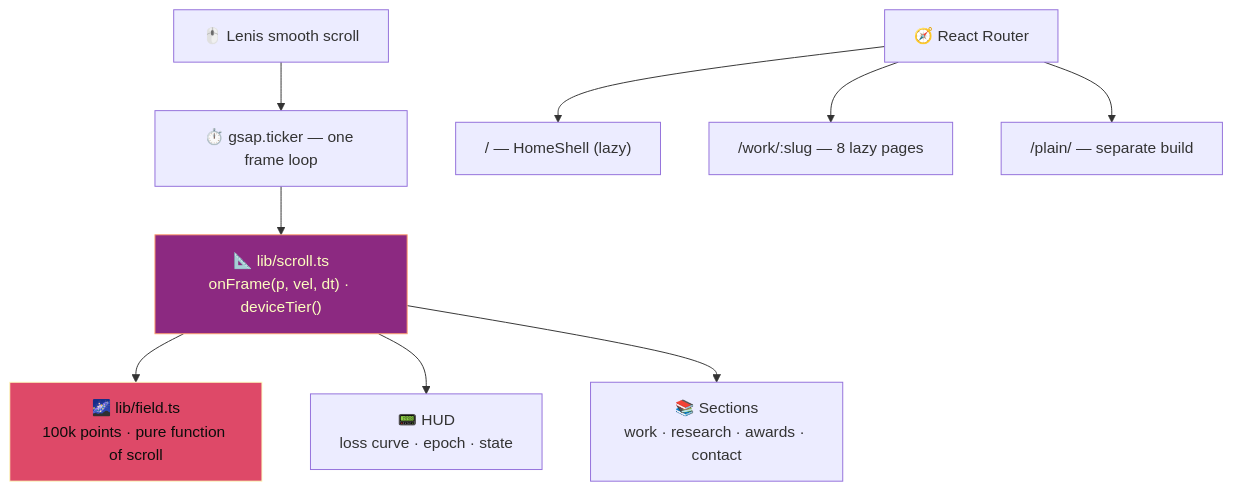
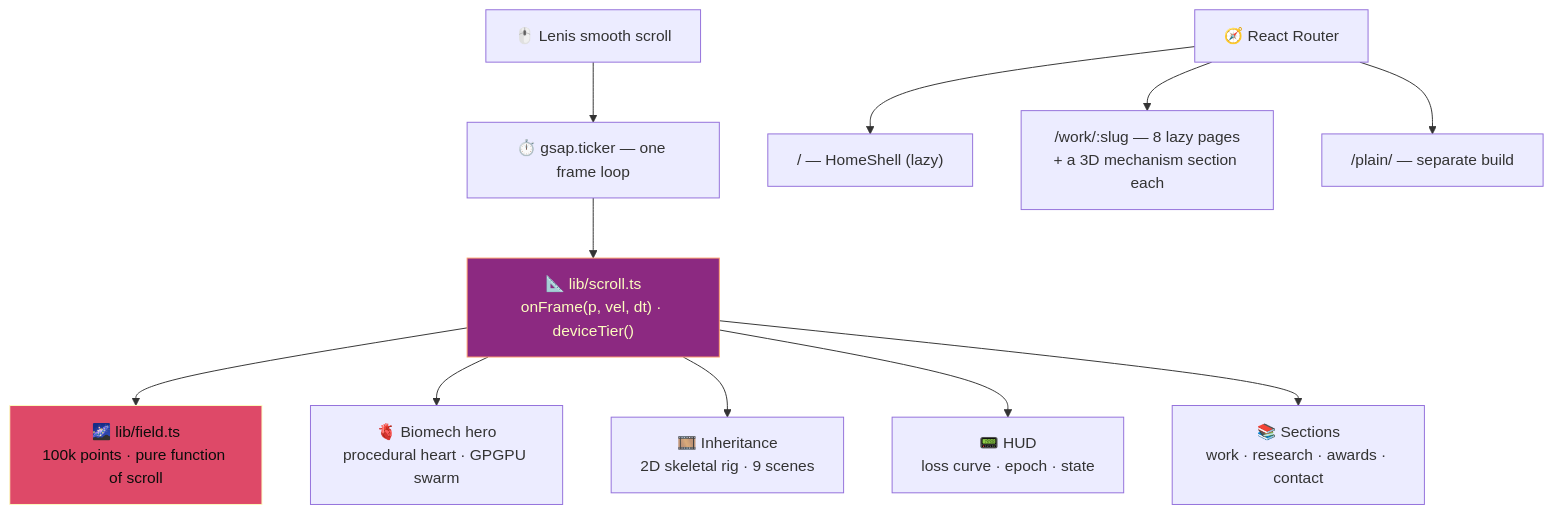
The diagram in README.md (Vishal-AS-0407/portfolio), drawn with Mermaid before and after one commit. The commit also changed other lines of this file and 8 other files, not shown here.

First line of the commit message:
docs(readme): the 3D heart, the story band and a 3D mechanism per case study; new hero + mechanism screenshots

````diff
--- a/README.md
+++ b/README.md
@@ -83,13 +91,15 @@
 ```mermaid
 flowchart TD
     SCROLL["🖱️ Lenis smooth scroll"] --> TICK["⏱️ gsap.ticker — one frame loop"]
     TICK --> SPINE["📐 lib/scroll.ts<br/>onFrame(p, vel, dt) · deviceTier()"]
     SPINE --> FIELD["🌌 lib/field.ts<br/>100k points · pure function of scroll"]
+    SPINE --> HEART["🫀 Biomech hero<br/>procedural heart · GPGPU swarm"]
+    SPINE --> STORY["🎞️ Inheritance<br/>2D skeletal rig · 9 scenes"]
     SPINE --> HUD["📟 HUD<br/>loss curve · epoch · state"]
     SPINE --> SECTIONS["📚 Sections<br/>work · research · awards · contact"]
     ROUTER["🧭 React Router"] --> HOME["/ — HomeShell (lazy)"]
-    ROUTER --> WORK["/work/:slug — 8 lazy pages"]
+    ROUTER --> WORK["/work/:slug — 8 lazy pages<br/>+ a 3D mechanism section each"]
     ROUTER --> PLAIN["/plain/ — separate build"]
     style SPINE fill:#8C2981,stroke:#FE9F6D,color:#FCFDBF
     style FIELD fill:#DE4968,stroke:#FCFDBF,color:#0C0D0B
 ```
````
